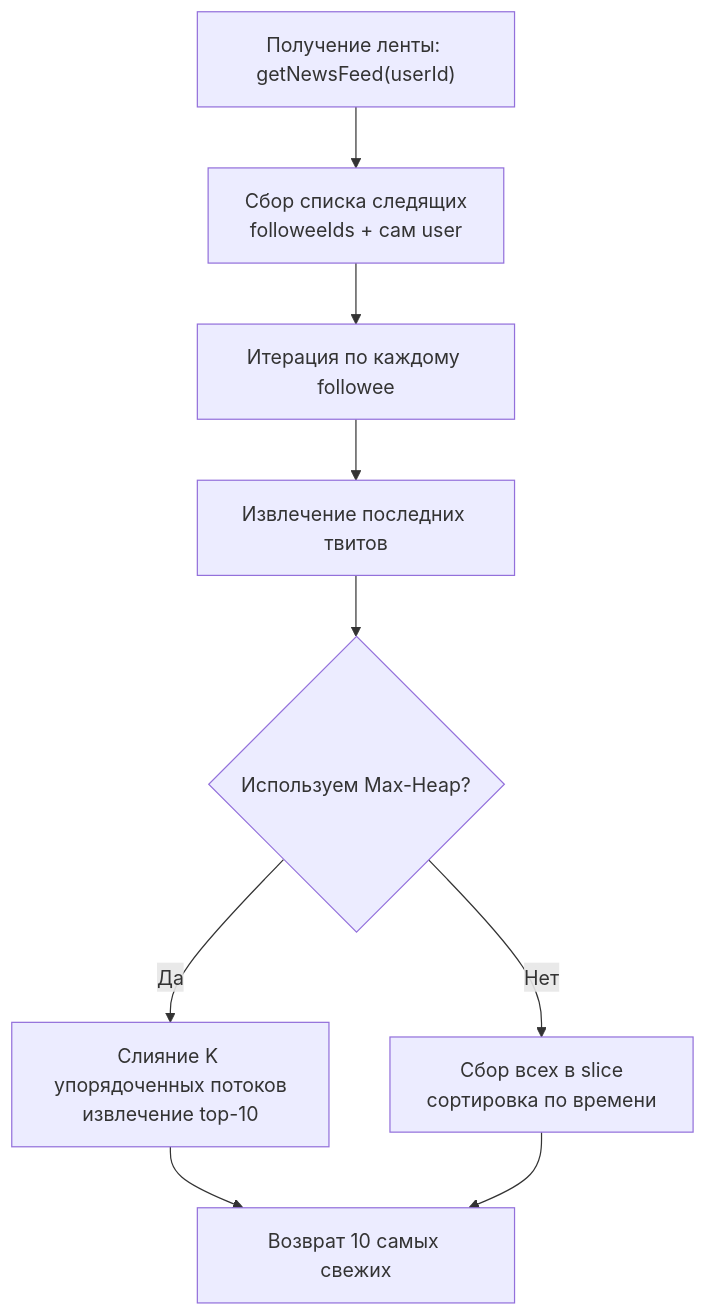
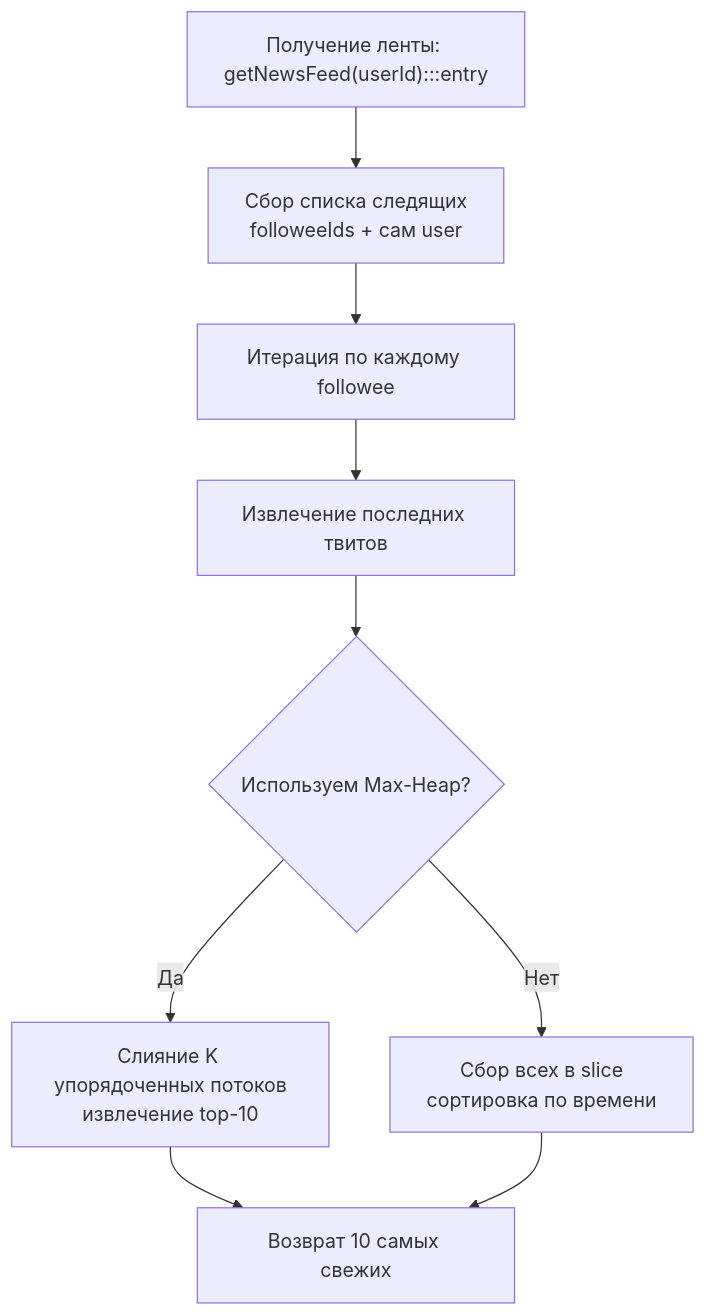
Before and after one commit to UnrealTemplier/go-textbook: the first of 2 diagrams in sources/21. Задачи с LeetCode и собеседований на Go/02. Задачи/26. Design задачи и структуры данных/6. Design Twitter.md, drawn with Mermaid. The commit also changed other lines of this file and 1666 other files, not shown here.

First line of the commit message:
feat(mermaid): add semantic color classDef to 1369 colorless flowchart/graph diagrams

````diff
--- a/sources/21. Задачи с LeetCode и собеседований на Go/02. Задачи/26. Design задачи и структуры данных/6. Design Twitter.md
+++ b/sources/21. Задачи с LeetCode и собеседований на Go/02. Задачи/26. Design задачи и структуры данных/6. Design Twitter.md
@@ -5,11 +5,21 @@
 ```mermaid
 flowchart TD
-  A["Получение ленты: getNewsFeed(userId)"] --> B["Сбор списка следящих<br>followeeIds + сам user"]
+    classDef process  fill:#1e293b,stroke:#38bdf8,stroke-width:1px,color:#f8fafc
+    classDef success  fill:#064e3b,stroke:#34d399,stroke-width:1px,color:#f8fafc
+    classDef error    fill:#7f1d1d,stroke:#f87171,stroke-width:1px,color:#f8fafc
+    classDef warning  fill:#78350f,stroke:#fbbf24,stroke-width:1px,color:#f8fafc
+    classDef entry    fill:#1e3a5f,stroke:#38bdf8,stroke-width:2px,color:#f8fafc
+    classDef aux      fill:#334155,stroke:#64748b,stroke-width:1px,color:#f8fafc
+    classDef system   fill:#312e81,stroke:#a78bfa,stroke-width:1px,color:#f8fafc
+    classDef data     fill:#132d29,stroke:#2dd4bf,stroke-width:1px,color:#f8fafc
+    classDef network  fill:#881337,stroke:#fb7185,stroke-width:1px,color:#f8fafc
+    classDef accent   fill:#1e1b4b,stroke:#818cf8,stroke-width:1px,color:#f8fafc
+  A["Получение ленты: getNewsFeed(userId):::entry"] --> B["Сбор списка следящих<br>followeeIds + сам user"]
   B --> C["Итерация по каждому followee"]
   C --> D["Извлечение последних твитов"]
   D --> E{"Используем Max-Heap?"}
   E -->|Да| F["Слияние K упорядоченных потоков<br>извлечение top-10"]
   E -->|Нет| G["Сбор всех в slice<br>сортировка по времени"]
   F --> H["Возврат 10 самых свежих"]
   G --> H
 ```
````
